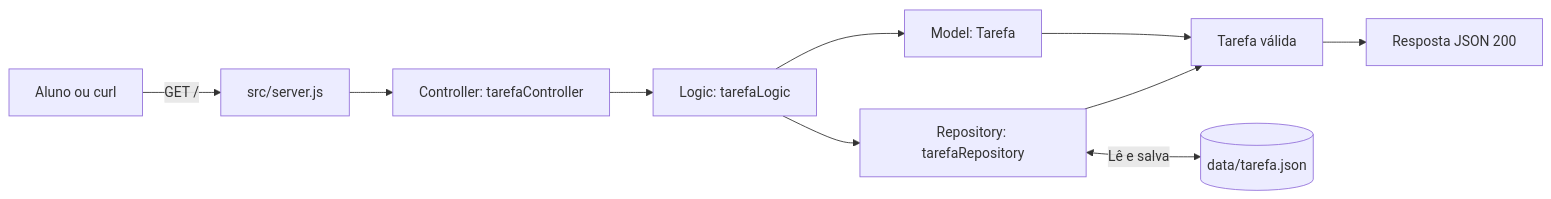
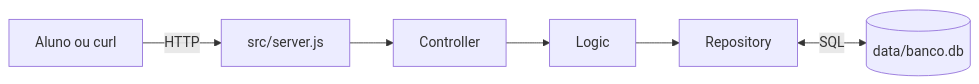
Before and after one commit to williambarrilli/api-desenvolvimento: the diagram in README.md, drawn with Mermaid. The commit also changed other lines of this file and 12 other files, not shown here.

````diff
--- a/README.md
+++ b/README.md
@@ -12,12 +12,8 @@
 ```mermaid
 flowchart LR
-    cliente["Aluno ou curl"] -->|"GET /"| servidor["src/server.js"]
-    servidor --> controller["Controller: tarefaController"]
-    controller --> logic["Logic: tarefaLogic"]
-    logic --> model["Model: Tarefa"]
-    logic --> repository["Repository: tarefaRepository"]
-    model --> resultado["Tarefa válida"]
-    repository <-->|"Lê e salva"| arquivo[("data/tarefa.json")]
-    repository --> resultado
-    resultado --> resposta["Resposta JSON 200"]
+    cliente["Aluno ou curl"] -->|"HTTP"| servidor["src/server.js"]
+    servidor --> controller["Controller"]
+    controller --> logic["Logic"]
+    logic --> repository["Repository"]
+    repository <-->|"SQL"| banco[("data/banco.db")]
 ```
````
